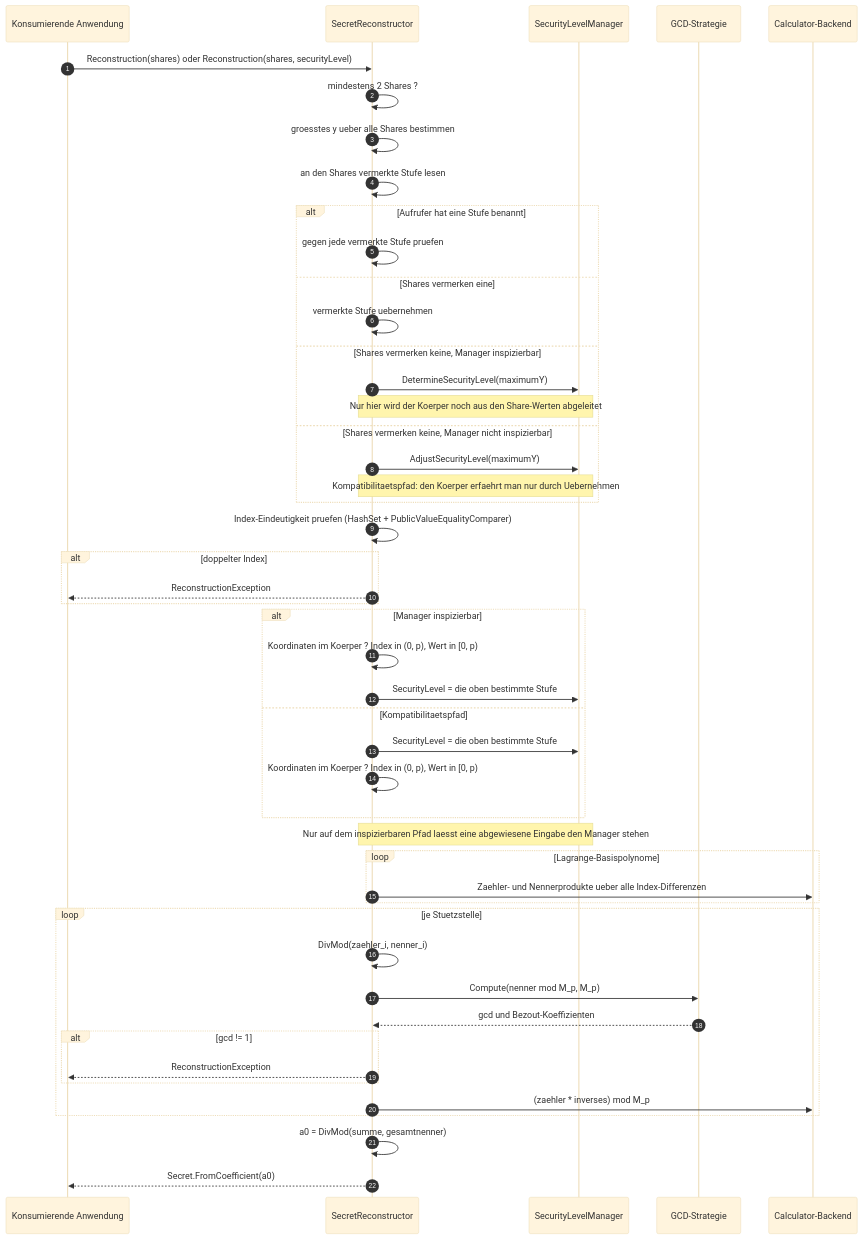
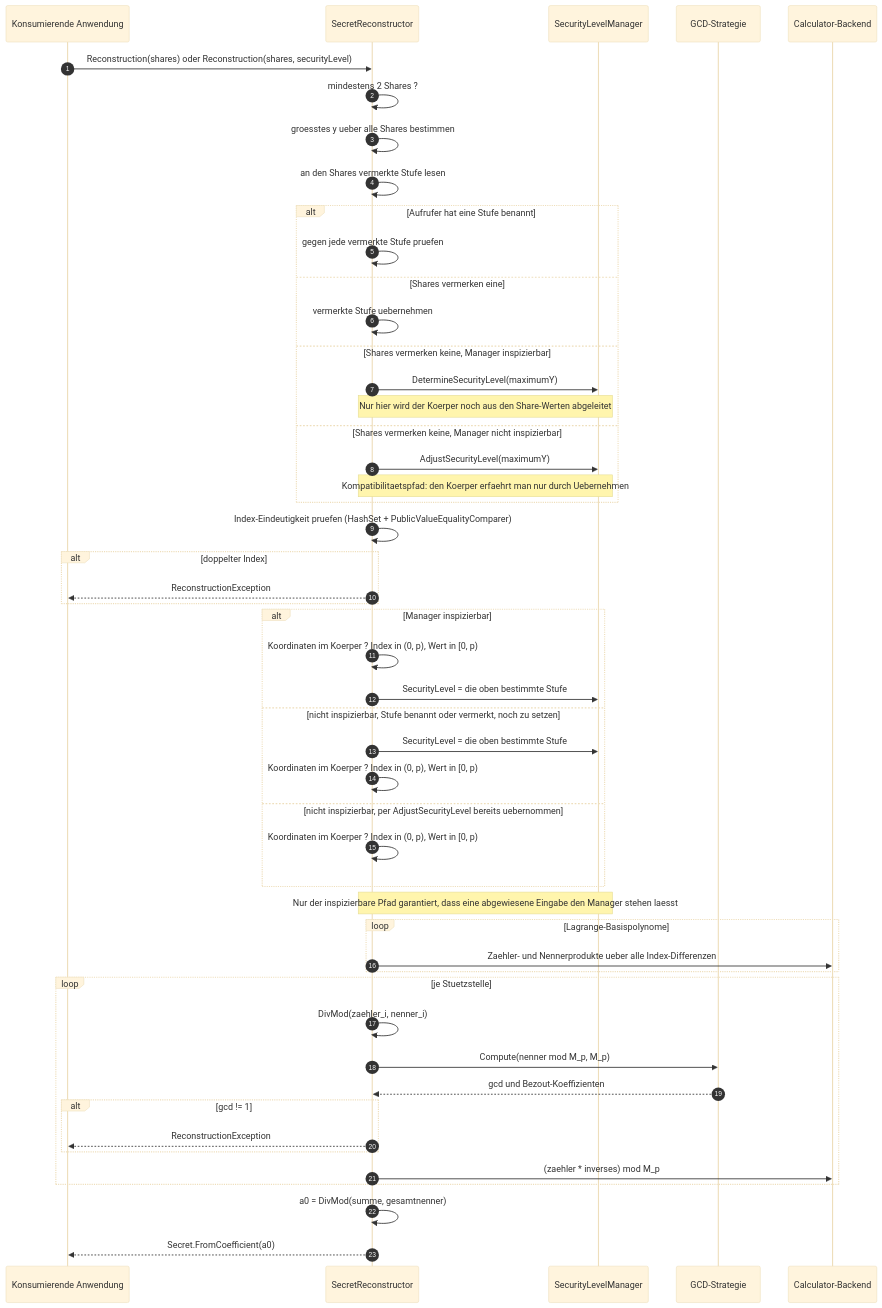
One commit to shinji-san/SecretSharingDotNet changed the seventh of 10 diagrams in docs/architecture/arc42.de.md. Above: the diagram before and after it, drawn with Mermaid (base theme). The commit also changed other lines of this file and 1 other file, not shown here.

````diff
--- a/docs/architecture/arc42.de.md
+++ b/docs/architecture/arc42.de.md
@@ -677,51 +690,53 @@
 ```mermaid
 sequenceDiagram
     autonumber
     participant App as Konsumierende Anwendung
     participant Rec as SecretReconstructor
     participant SLM as SecurityLevelManager
     participant GCD as GCD-Strategie
     participant Calc as Calculator-Backend
 
     App->>Rec: Reconstruction(shares) oder Reconstruction(shares, securityLevel)
     Rec->>Rec: mindestens 2 Shares ?
     Rec->>Rec: groesstes y ueber alle Shares bestimmen
     Rec->>Rec: an den Shares vermerkte Stufe lesen
     alt Aufrufer hat eine Stufe benannt
         Rec->>Rec: gegen jede vermerkte Stufe pruefen
     else Shares vermerken eine
         Rec->>Rec: vermerkte Stufe uebernehmen
     else Shares vermerken keine, Manager inspizierbar
         Rec->>SLM: DetermineSecurityLevel(maximumY)
         Note over Rec,SLM: Nur hier wird der Koerper noch aus den Share-Werten abgeleitet
     else Shares vermerken keine, Manager nicht inspizierbar
         Rec->>SLM: AdjustSecurityLevel(maximumY)
         Note over Rec,SLM: Kompatibilitaetspfad: den Koerper erfaehrt man nur durch Uebernehmen
     end
     Rec->>Rec: Index-Eindeutigkeit pruefen (HashSet + PublicValueEqualityComparer)
     alt doppelter Index
         Rec-->>App: ReconstructionException
     end
     alt Manager inspizierbar
         Rec->>Rec: Koordinaten im Koerper ? Index in (0, p), Wert in [0, p)
         Rec->>SLM: SecurityLevel = die oben bestimmte Stufe
-    else Kompatibilitaetspfad
+    else nicht inspizierbar, Stufe benannt oder vermerkt, noch zu setzen
         Rec->>SLM: SecurityLevel = die oben bestimmte Stufe
         Rec->>Rec: Koordinaten im Koerper ? Index in (0, p), Wert in [0, p)
+    else nicht inspizierbar, per AdjustSecurityLevel bereits uebernommen
+        Rec->>Rec: Koordinaten im Koerper ? Index in (0, p), Wert in [0, p)
     end
-    Note over Rec,SLM: Nur auf dem inspizierbaren Pfad laesst eine abgewiesene Eingabe den Manager stehen
+    Note over Rec,SLM: Nur der inspizierbare Pfad garantiert, dass eine abgewiesene Eingabe den Manager stehen laesst
     loop Lagrange-Basispolynome
         Rec->>Calc: Zaehler- und Nennerprodukte ueber alle Index-Differenzen
     end
     loop je Stuetzstelle
         Rec->>Rec: DivMod(zaehler_i, nenner_i)
         Rec->>GCD: Compute(nenner mod M_p, M_p)
         GCD-->>Rec: gcd und Bezout-Koeffizienten
         alt gcd != 1
             Rec-->>App: ReconstructionException
         end
         Rec->>Calc: (zaehler * inverses) mod M_p
     end
     Rec->>Rec: a0 = DivMod(summe, gesamtnenner)
     Rec-->>App: Secret.FromCoefficient(a0)
 ```
````
